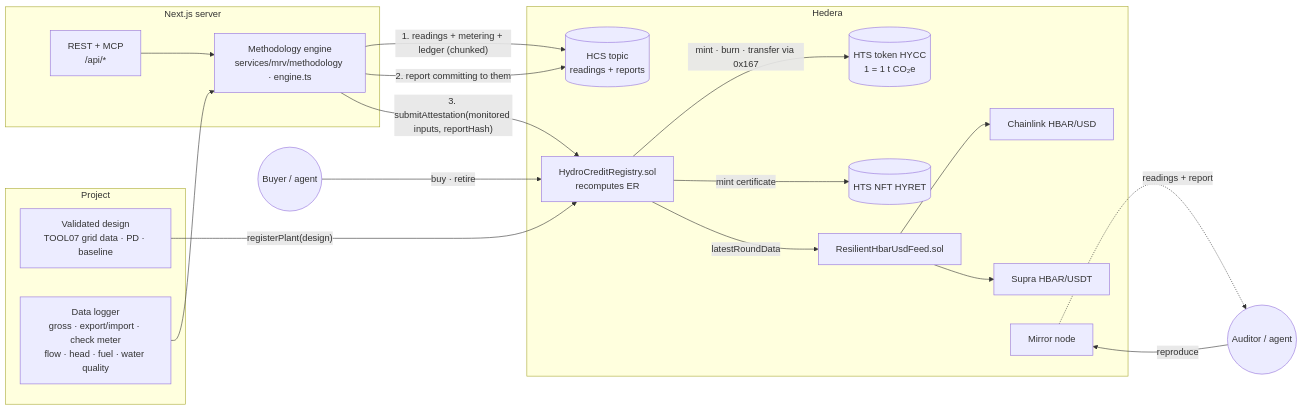
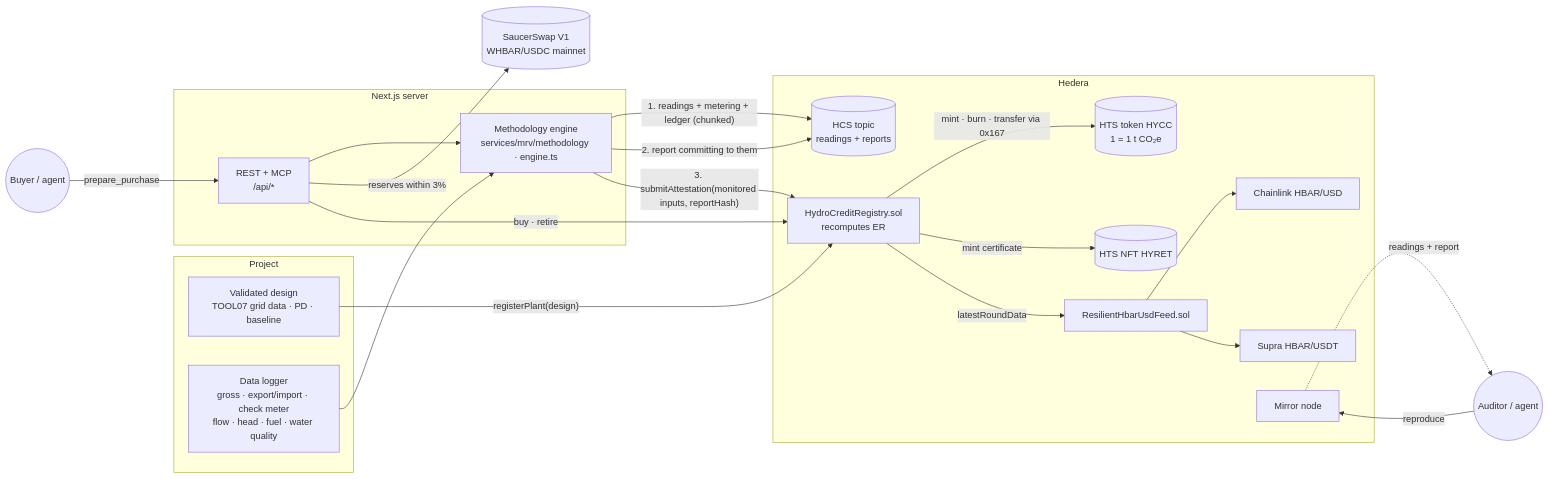
One commit to BikramBiswas786/Hedera-hydropower-dMRV-with-5-layer-verification- changed the diagram in README.md. Above: the diagram before and after it, drawn with Mermaid. The commit also changed other lines of this file and 7 other files, not shown here.

First line of the commit message:
Say the same DEX rule on every surface a buyer or agent reads.

````diff
--- a/README.md
+++ b/README.md
@@ -288,35 +288,37 @@
 ```mermaid
 flowchart LR
   subgraph Project
     DESIGN[Validated design<br/>TOOL07 grid data · PD · baseline]
     LOGGER[Data logger<br/>gross · export/import · check meter<br/>flow · head · fuel · water quality]
   end
   subgraph Next.js server
     ENGINE[Methodology engine<br/>services/mrv/methodology · engine.ts]
     API[REST + MCP<br/>/api/*]
   end
   subgraph Hedera
     HCS[(HCS topic<br/>readings + reports)]
     REG[HydroCreditRegistry.sol<br/>recomputes ER]
     TOK[(HTS token HYCC<br/>1 = 1 t CO₂e)]
     NFT[(HTS NFT HYRET)]
     FEED[ResilientHbarUsdFeed.sol]
     CL[Chainlink HBAR/USD]
     SUP[Supra HBAR/USDT]
     MIRROR[Mirror node]
   end
   DESIGN -- registerPlant(design) --> REG
   LOGGER --> ENGINE
   API --> ENGINE
   ENGINE -- 1. readings + metering + ledger (chunked) --> HCS
   ENGINE -- 2. report committing to them --> HCS
   ENGINE -- 3. submitAttestation(monitored inputs, reportHash) --> REG
   REG -- mint · burn · transfer via 0x167 --> TOK
   REG -- mint certificate --> NFT
   REG -- latestRoundData --> FEED
   FEED --> CL
   FEED --> SUP
-  Buyer((Buyer / agent)) -- buy · retire --> REG
+  Buyer((Buyer / agent)) -- prepare_purchase --> API
+  API -- reserves within 3% --> SS[(SaucerSwap V1<br/>WHBAR/USDC mainnet)]
+  API -- buy · retire --> REG
   Auditor((Auditor / agent)) -- reproduce --> MIRROR
   MIRROR -. readings + report .-> Auditor
 ```
````
